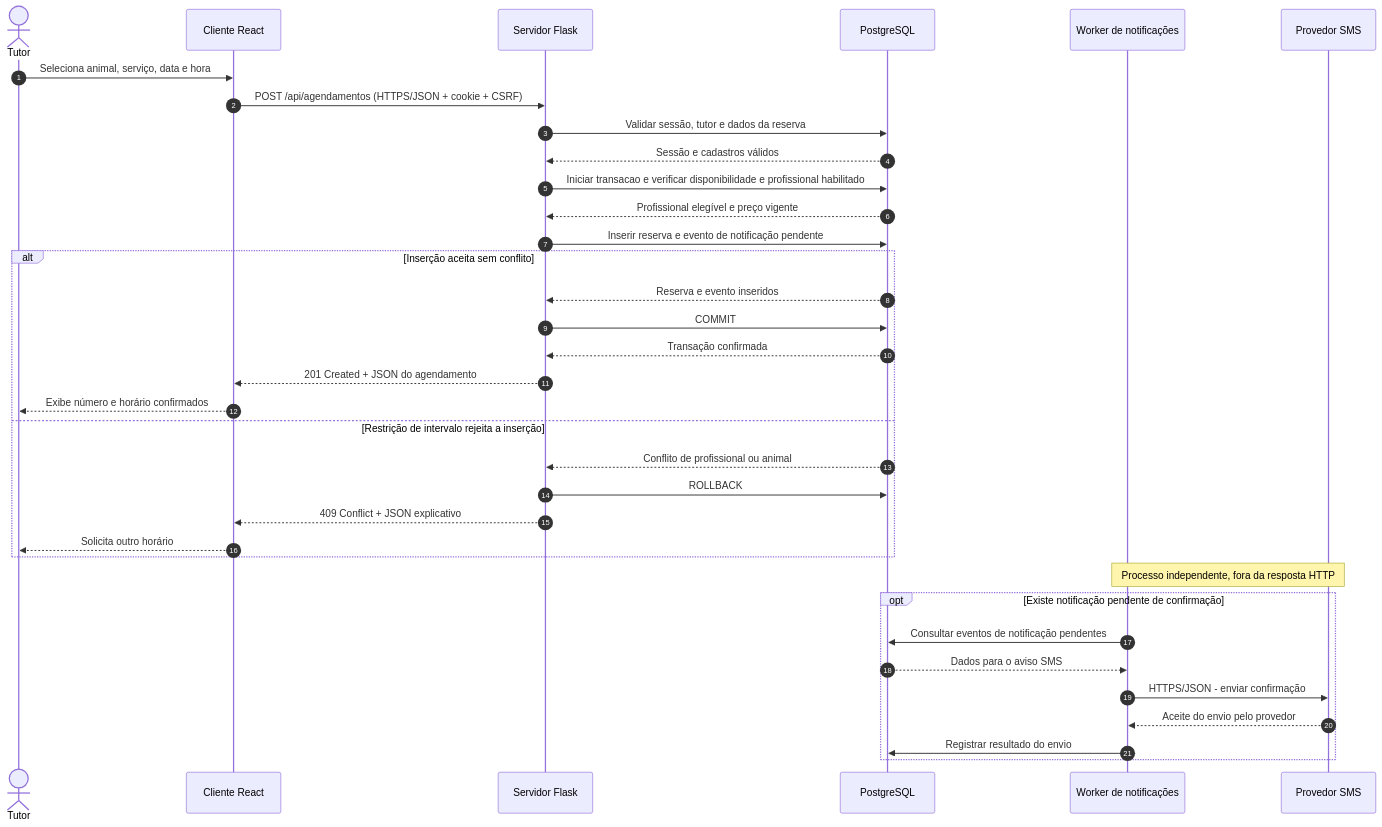
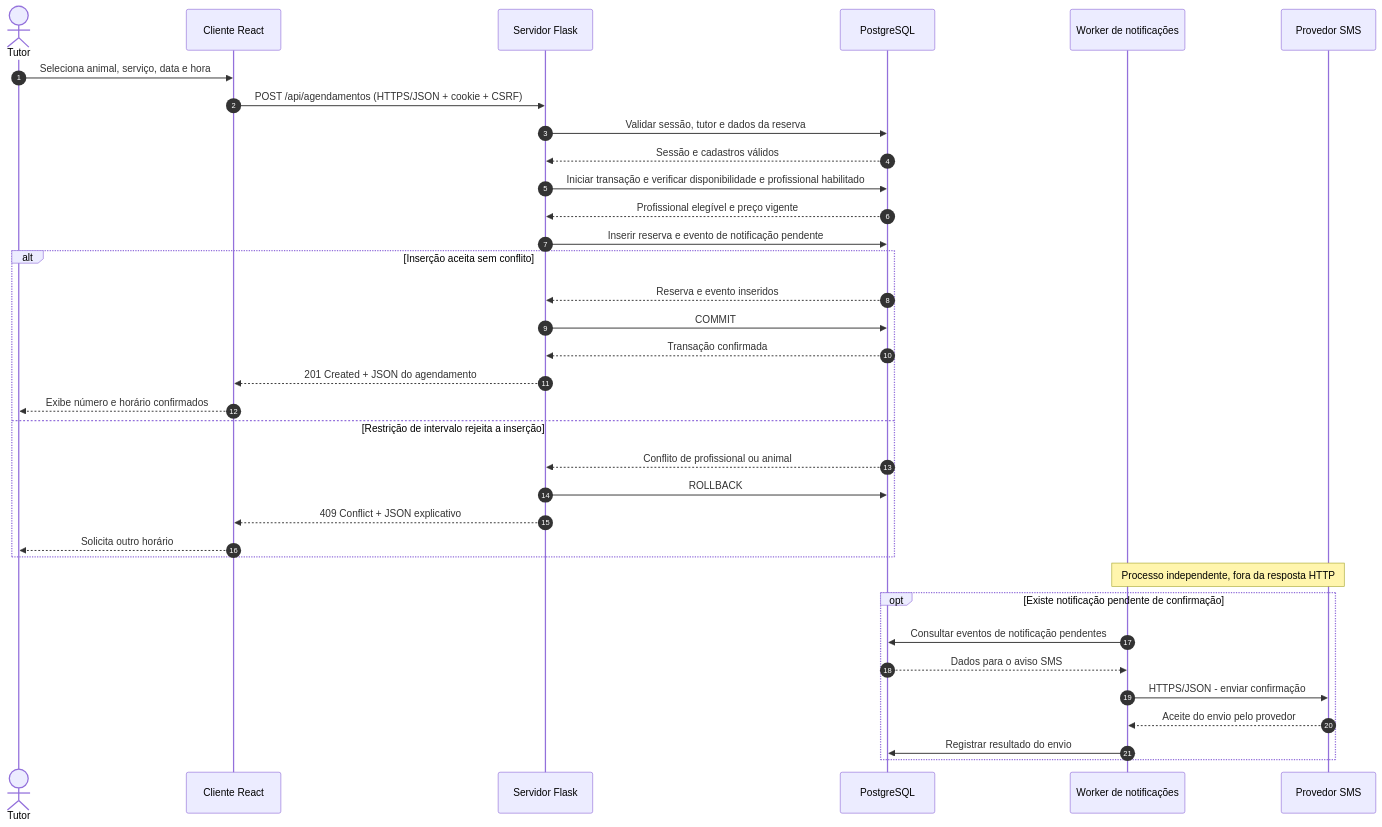
The fourth of 4 diagrams in README.md (Hannah4Chan/patinhas-de-manaus), drawn with Mermaid before and after one commit.

Commit message:
docs: corrige acentuacao no diagrama Mermaid

````diff
--- a/README.md
+++ b/README.md
@@ -309,38 +309,38 @@
 ```mermaid
 sequenceDiagram
     autonumber
     actor Tutor
     participant Web as Cliente React
     participant API as Servidor Flask
     participant BD as PostgreSQL
     participant Worker as Worker de notificações
     participant SMS as Provedor SMS
 
     Tutor->>Web: Seleciona animal, serviço, data e hora
     Web->>API: POST /api/agendamentos (HTTPS/JSON + cookie + CSRF)
     API->>BD: Validar sessão, tutor e dados da reserva
     BD-->>API: Sessão e cadastros válidos
-    API->>BD: Iniciar transacao e verificar disponibilidade e profissional habilitado
+    API->>BD: Iniciar transação e verificar disponibilidade e profissional habilitado
     BD-->>API: Profissional elegível e preço vigente
     API->>BD: Inserir reserva e evento de notificação pendente
     alt Inserção aceita sem conflito
         BD-->>API: Reserva e evento inseridos
         API->>BD: COMMIT
         BD-->>API: Transação confirmada
         API-->>Web: 201 Created + JSON do agendamento
         Web-->>Tutor: Exibe número e horário confirmados
     else Restrição de intervalo rejeita a inserção
         BD-->>API: Conflito de profissional ou animal
         API->>BD: ROLLBACK
         API-->>Web: 409 Conflict + JSON explicativo
         Web-->>Tutor: Solicita outro horário
     end
     Note over Worker,SMS: Processo independente, fora da resposta HTTP
     opt Existe notificação pendente de confirmação
         Worker->>BD: Consultar eventos de notificação pendentes
         BD-->>Worker: Dados para o aviso SMS
         Worker->>SMS: HTTPS/JSON - enviar confirmação
         SMS-->>Worker: Aceite do envio pelo provedor
         Worker->>BD: Registrar resultado do envio
     end
 ```
````
